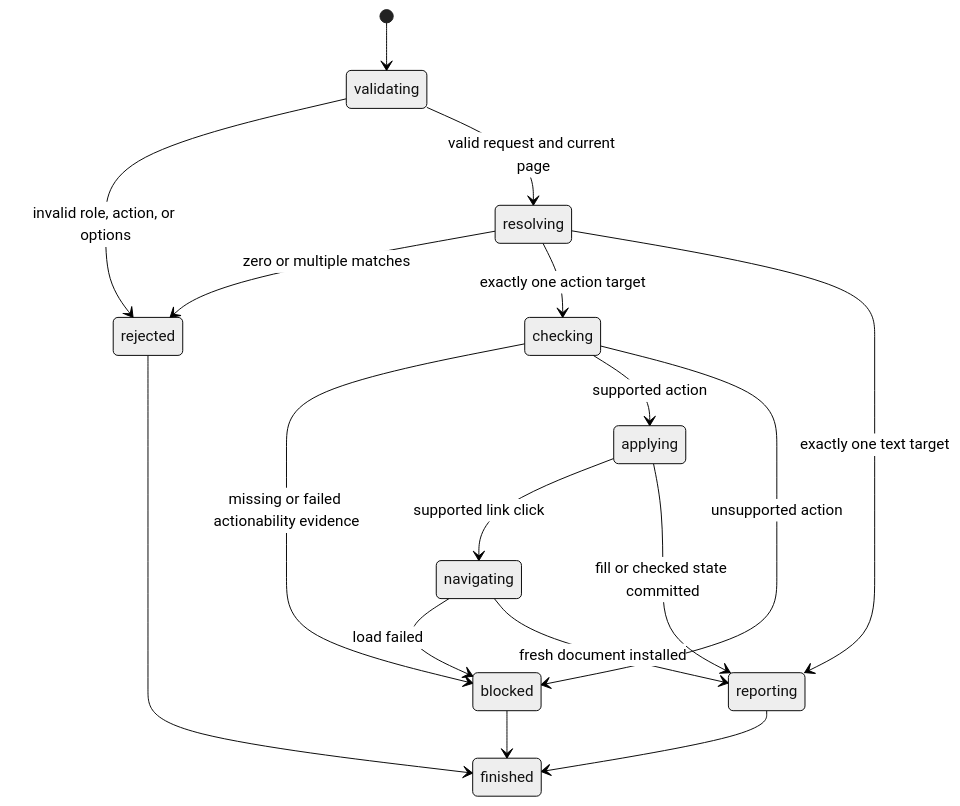
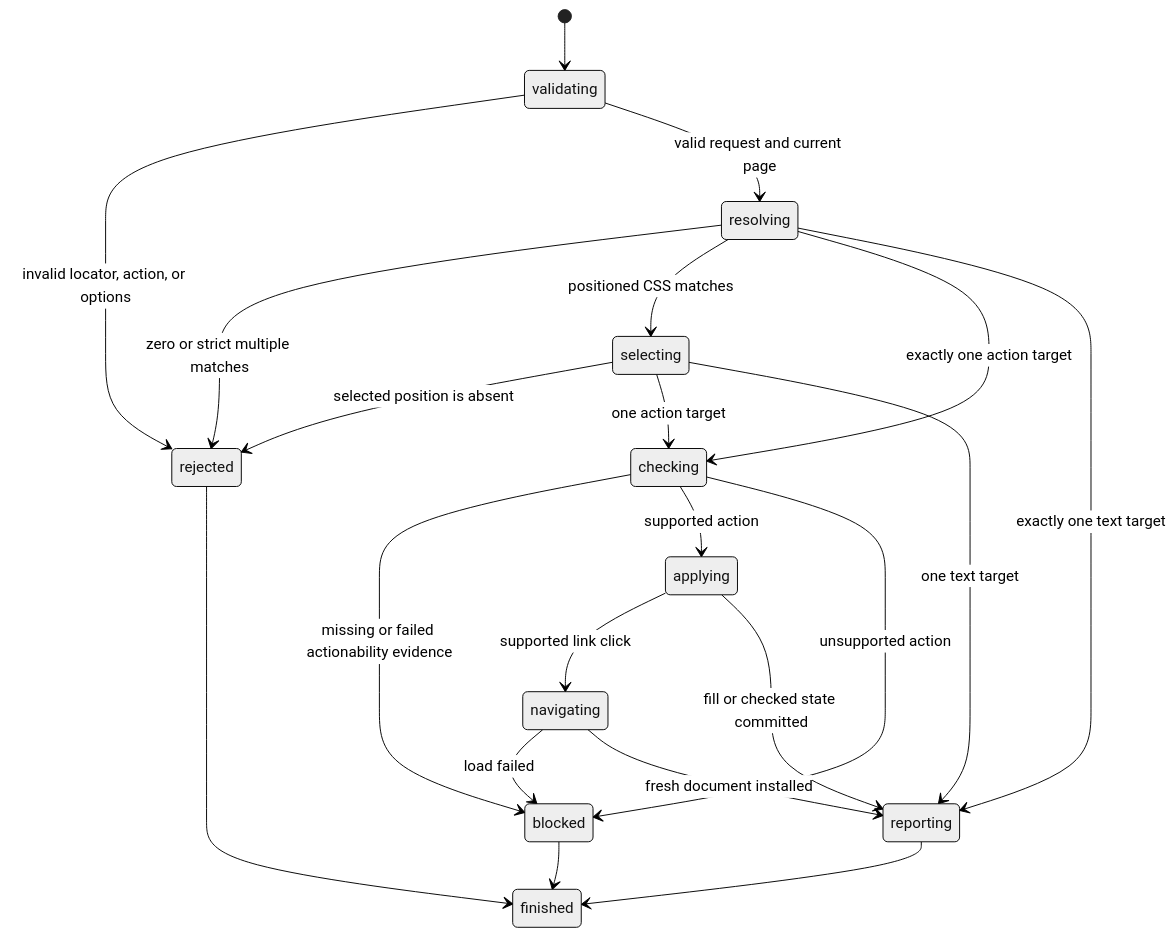
One commit to thoriqakbar0/browser.jr changed the diagram in inspection/query-elements.md. Above: the diagram before and after it, drawn with Mermaid (neutral theme). The commit also changed other lines of this file and 22 other files, not shown here.

````diff
--- a/inspection/query-elements.md
+++ b/inspection/query-elements.md
@@ -33,19 +44,23 @@
 ```mermaid
 stateDiagram-v2
     [*] --> validating
-    validating --> rejected : invalid role, action, or options
+    validating --> rejected : invalid locator, action, or options
     validating --> resolving : valid request and current page
-    resolving --> rejected : zero or multiple matches
+    resolving --> rejected : zero or strict multiple matches
+    resolving --> selecting : positioned CSS matches
+    selecting --> rejected : selected position is absent
+    selecting --> checking : one action target
+    selecting --> reporting : one text target
     resolving --> checking : exactly one action target
     resolving --> reporting : exactly one text target
     checking --> blocked : missing or failed actionability evidence
     checking --> applying : supported action
     checking --> blocked : unsupported action
     applying --> navigating : supported link click
     applying --> reporting : fill or checked state committed
     navigating --> blocked : load failed
     navigating --> reporting : fresh document installed
     reporting --> finished
     rejected --> finished
     blocked --> finished
 ```
````
